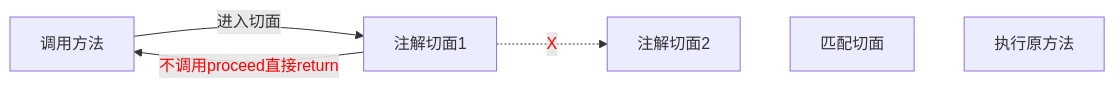
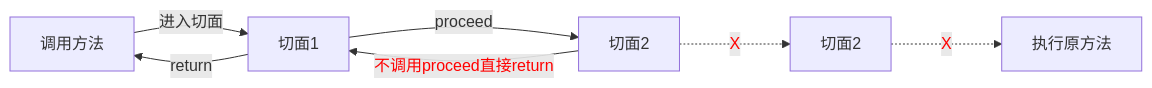
The third of 3 diagrams in docs/zh/ProceedJoinPoint.md (FlyJingFish/AndroidAOP), drawn with Mermaid before and after one commit. The commit also changed 1 other file, not shown here.

Commit message:
1、修改文档

````diff
--- a/docs/zh/ProceedJoinPoint.md
+++ b/docs/zh/ProceedJoinPoint.md
@@ -57,8 +57,9 @@
 ``` mermaid
 graph LR
-Call[调用方法] --> |进入切面| A[注解切面1];
-A -..-> |<span style='color:red'>X</span>| B[注解切面2];
-B ~~~ C[匹配切面];
-C ~~~ From[执行原方法];
-A --> |<span style='color:red'>不调用proceed直接return</span>| Call;
+Call[调用方法] --> |进入切面| A[切面1];
+A --> |proceed| B[切面2];
+B -..-> |<span style='color:red'>X</span>| C[切面2];
+C -..-> |<span style='color:red'>X</span>| From[执行原方法];
+B --> |<span style='color:red'>不调用proceed直接return</span>| A;
+A --> |return| Call;
 ```
````
